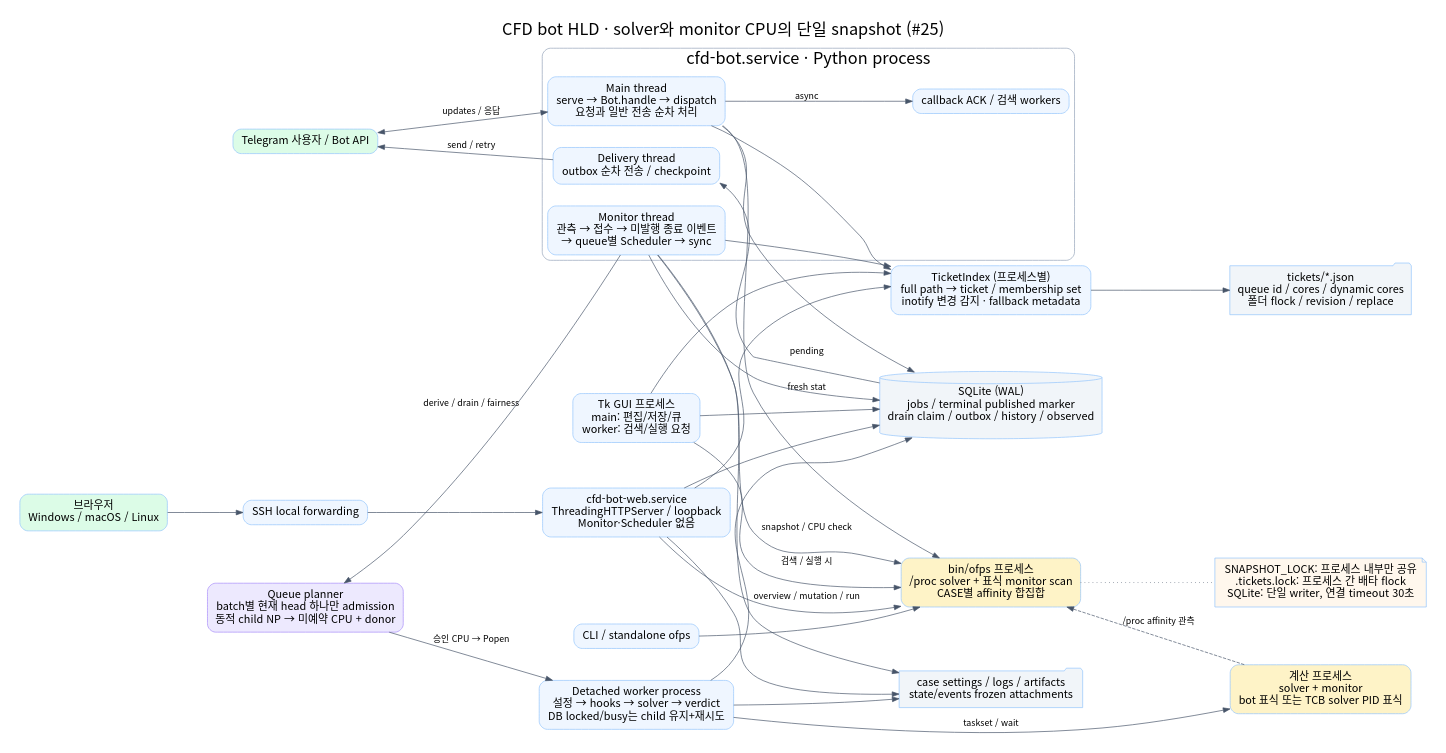
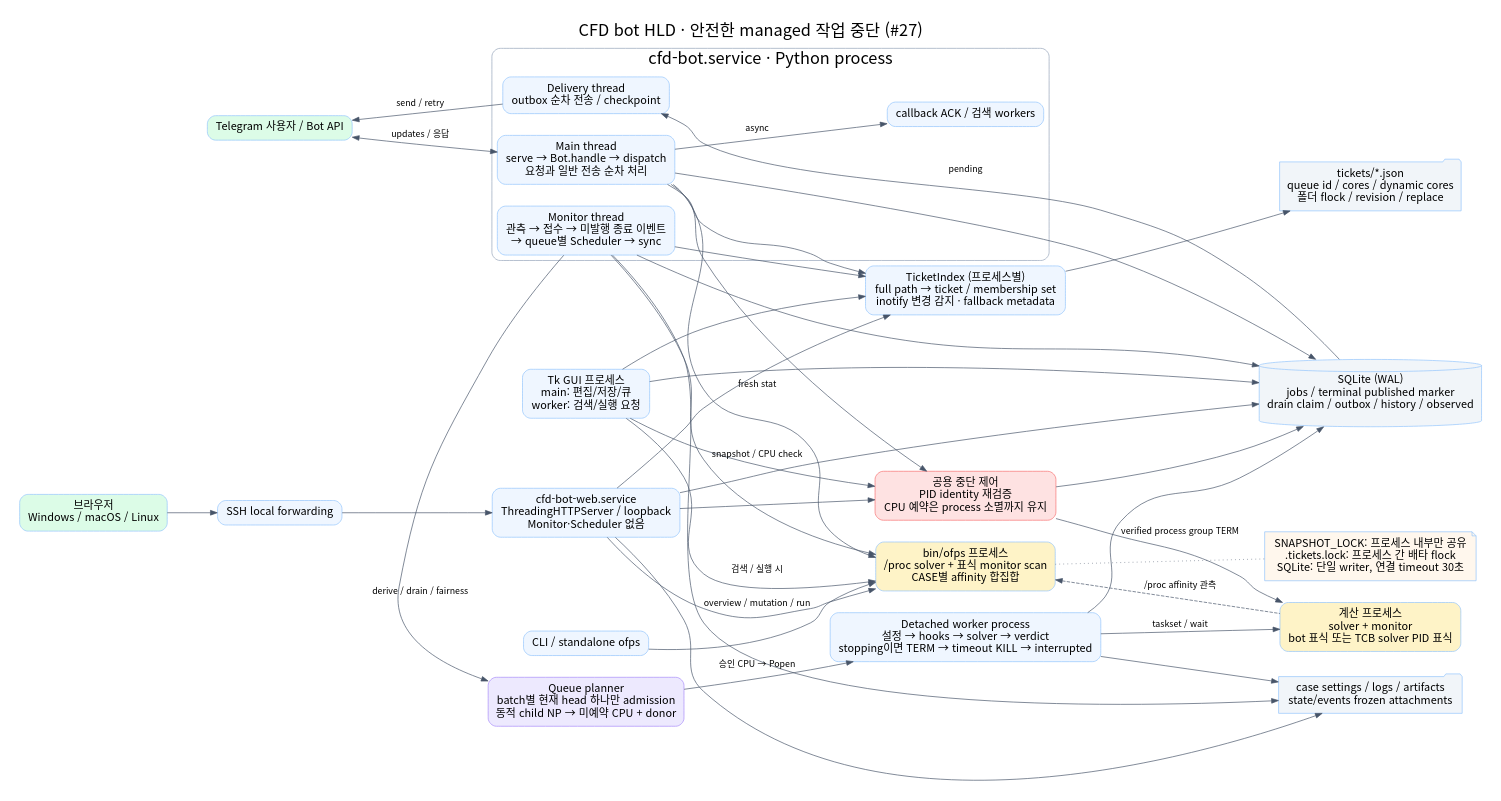
Before and after one commit to jo0n-lab/cfd-bot: the diagram in docs/diagrams/system-hld.dot, drawn with Graphviz. The commit also changed 47 other files, not shown here.

Commit message:
feat: stop running managed jobs safely

```diff
--- a/docs/diagrams/system-hld.dot
+++ b/docs/diagrams/system-hld.dot
@@ -1,43 +1,45 @@
 digraph system {
- graph [rankdir=LR,bgcolor="white",pad=0.3,nodesep=0.45,ranksep=0.8,fontname="Noto Sans CJK KR",fontsize=24,label="CFD bot HLD · solver와 monitor CPU의 단일 snapshot (#25)",labelloc=t];
+ graph [rankdir=LR,bgcolor="white",pad=0.3,nodesep=0.45,ranksep=0.8,fontname="Noto Sans CJK KR",fontsize=24,label="CFD bot HLD · 안전한 managed 작업 중단 (#27)",labelloc=t];
  node [shape=box,style="rounded,filled",fillcolor="#eff6ff",color="#93c5fd",fontname="Noto Sans CJK KR",fontsize=16,margin="0.18,0.12"];
  edge [fontname="Noto Sans CJK KR",fontsize=13,color="#475569"];
  tg [label="Telegram 사용자 / Bot API",fillcolor="#dcfce7"];
  browser [label="브라우저\nWindows / macOS / Linux",fillcolor="#dcfce7"];
  ssh [label="SSH local forwarding"];
  gui [label="Tk GUI 프로세스\nmain: 편집/저장/큐\nworker: 검색/실행 요청"];
  cli [label="CLI / standalone ofps"];
  subgraph cluster_bot {
   label="cfd-bot.service · Python process";color="#94a3b8";style=rounded;
   main [label="Main thread\nserve → Bot.handle → dispatch\n요청과 일반 전송 순차 처리"];
   mon [label="Monitor thread\n관측 → 접수 → 미발행 종료 이벤트\n→ queue별 Scheduler → sync"];
   delivery [label="Delivery thread\noutbox 순차 전송 / checkpoint"];
   ack [label="callback ACK / 검색 workers"];
  }
  web [label="cfd-bot-web.service\nThreadingHTTPServer / loopback\nMonitor·Scheduler 없음"];
  scan [label="bin/ofps 프로세스\n/proc solver + 표식 monitor scan\nCASE별 affinity 합집합",fillcolor="#fef3c7"];
- worker [label="Detached worker process\n설정 → hooks → solver → verdict\nDB locked/busy는 child 유지+재시도"];
+ worker [label="Detached worker process\n설정 → hooks → solver → verdict\nstopping이면 TERM → timeout KILL → interrupted"];
  calc [label="계산 프로세스\nsolver + monitor\nbot 표식 또는 TCB solver PID 표식",fillcolor="#fef3c7"];
  db [shape=cylinder,label="SQLite (WAL)\njobs / terminal published marker\ndrain claim / outbox / history / observed",fillcolor="#f1f5f9"];
  tickets [shape=folder,label="tickets/*.json\nqueue id / cores / dynamic cores\n폴더 flock / revision / replace",fillcolor="#f1f5f9"];
  files [shape=folder,label="case settings / logs / artifacts\nstate/events frozen attachments",fillcolor="#f1f5f9"];
  tg -> main [label="updates / 응답",dir=both];main -> ack [label="async"];
  browser -> ssh -> web;
  main -> scan [label="fresh stat"];
  mon -> scan [label="snapshot / CPU check"];
  web -> scan [label="overview / mutation / run"];
  gui -> scan [label="검색 / 실행 시"];
  cli -> scan;
  planner [label="Queue planner\nbatch별 현재 head 하나만 admission\n동적 child NP → 미예약 CPU + donor",fillcolor="#ede9fe",color="#a78bfa"];
  mon -> planner [label="derive / drain / fairness"];
  planner -> worker [label="승인 CPU → Popen"];
  worker -> calc [label="taskset / wait"];
  scan -> calc [label="/proc affinity 관측",style=dashed,dir=back];
  main -> db;mon -> db;web -> db;gui -> db;worker -> db;
+ stop [label="공용 중단 제어\nPID identity 재검증\nCPU 예약은 process 소멸까지 유지",fillcolor="#fee2e2",color="#f87171"];
+ main -> stop;web -> stop;gui -> stop;stop -> db;stop -> calc [label="verified process group TERM"];
  db -> delivery [label="pending"];delivery -> tg [label="send / retry"];
  index [label="TicketIndex (프로세스별)\nfull path → ticket / membership set\ninotify 변경 감지 · fallback metadata"];
  main -> index;mon -> index;web -> index;gui -> index;index -> tickets;
  worker -> files;mon -> files;web -> files;
  note [shape=note,label="SNAPSHOT_LOCK: 프로세스 내부만 공유\n.tickets.lock: 프로세스 간 배타 flock\nSQLite: 단일 writer, 연결 timeout 30초",fillcolor="#fff7ed"];
  scan -> note [style=dotted,arrowhead=none];
 }
```
